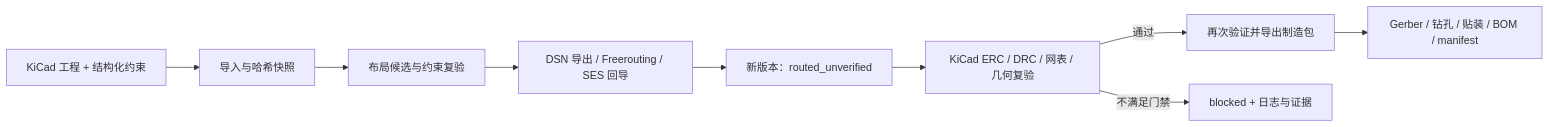
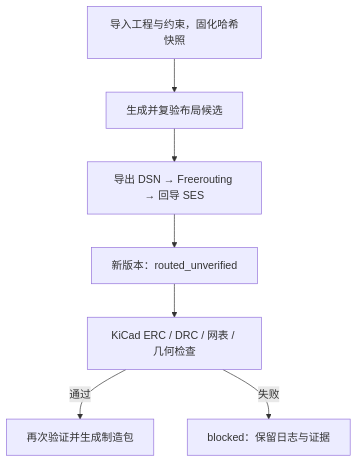
Before and after one commit to chenzehaoo/pcb-weaver: the second of 2 diagrams in docs/ARCHITECTURE.zh-CN.md, drawn with Mermaid. The commit also changed other lines of this file and 1 other file, not shown here.

Commit message:
docs: streamline README and architecture layout

````diff
--- a/docs/ARCHITECTURE.zh-CN.md
+++ b/docs/ARCHITECTURE.zh-CN.md
@@ -73,11 +35,10 @@
 ```mermaid
-flowchart LR
-    Source["KiCad 工程 + 结构化约束"] --> Import["导入与哈希快照"]
-    Import --> Plan["布局候选与约束复验"]
-    Plan --> Route["DSN 导出 / Freerouting / SES 回导"]
-    Route --> Unverified["新版本：routed_unverified"]
-    Unverified --> Verify["KiCad ERC / DRC / 网表 / 几何复验"]
-    Verify -->|通过| Release["再次验证并导出制造包"]
-    Verify -->|不满足门禁| Blocked["blocked + 日志与证据"]
-    Release --> Archive["Gerber / 钻孔 / 贴装 / BOM / manifest"]
+flowchart TB
+    Import["导入工程与约束，固化哈希快照"]
+    Import --> Plan["生成并复验布局候选"]
+    Plan --> Route["导出 DSN → Freerouting → 回导 SES"]
+    Route --> Pending["新版本：routed_unverified"]
+    Pending --> Verify["KiCad ERC / DRC / 网表 / 几何检查"]
+    Verify -->|通过| Release["再次验证并生成制造包"]
+    Verify -->|失败| Blocked["blocked：保留日志与证据"]
 ```
````
